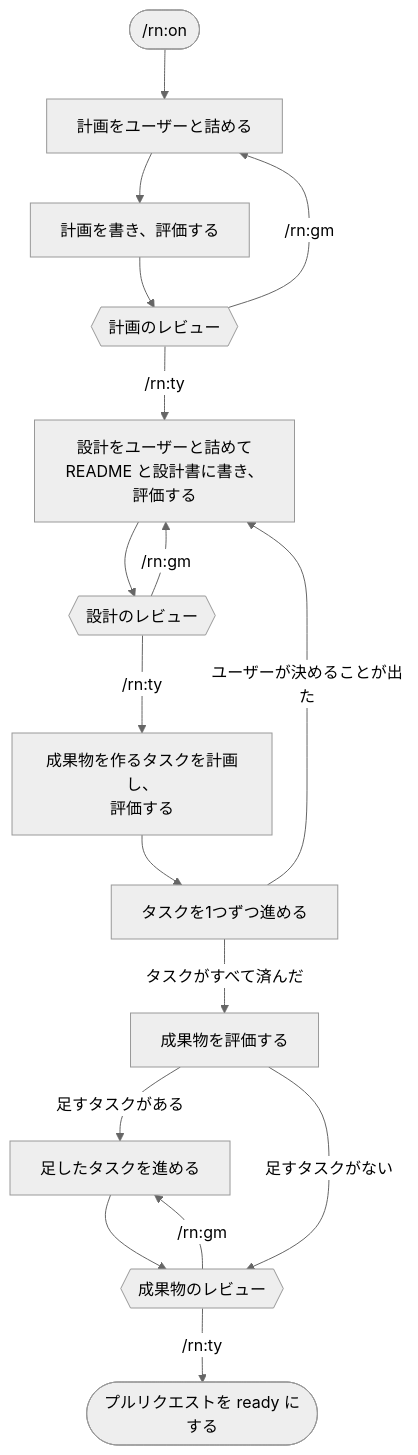
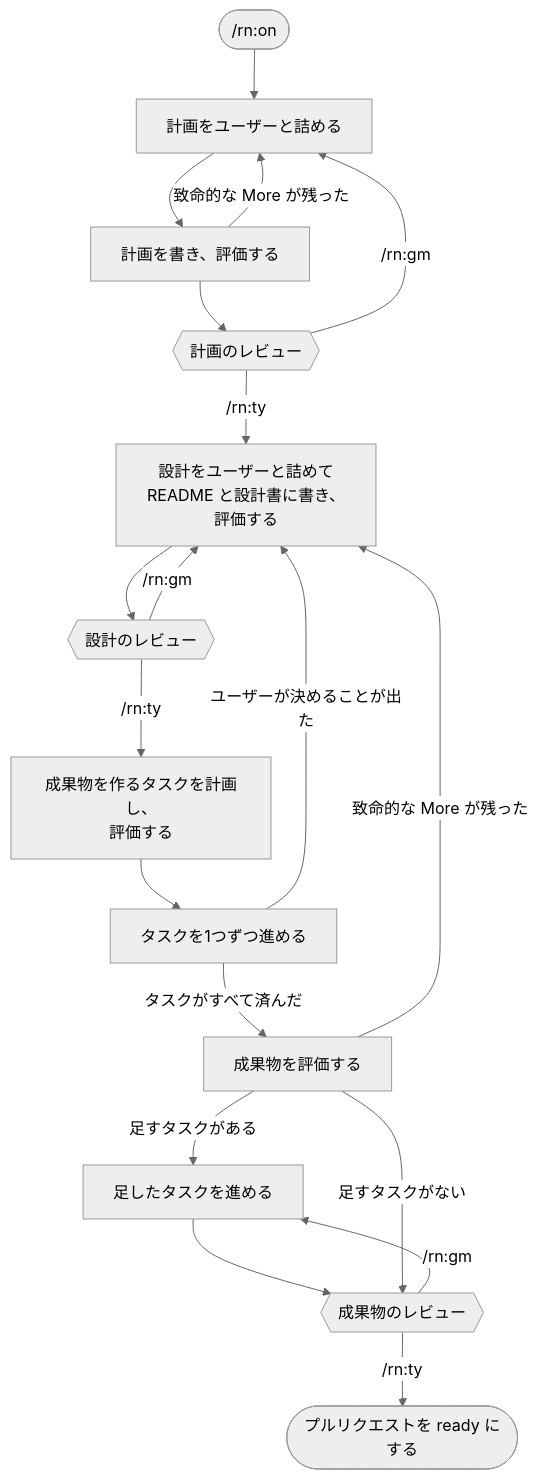
The first of 5 diagrams in rn/docs/design.md (lovaizu/ccpm), drawn with Mermaid (neutral theme) before and after one commit. The commit also changed other lines of this file and 1 other file, not shown here.

Commit message:
docs(rn): the evaluator evaluates once; the conductor settles the More with the generator, then asks for review with the final Good/More or goes back to working things out when a fatal More remains

````diff
--- a/rn/docs/design.md
+++ b/rn/docs/design.md
@@ -13,29 +13,31 @@
 ```mermaid
 flowchart TD
     ON(["/rn:on"])
     W["計画をユーザーと詰める"]
     P["計画を書き、評価する"]
     PS{{"計画のレビュー"}}
     D["設計をユーザーと詰めて<br/>README と設計書に書き、評価する"]
     DS{{"設計のレビュー"}}
     P2["成果物を作るタスクを計画し、<br/>評価する"]
     T["タスクを1つずつ進める"]
     EV["成果物を評価する"]
     T2["足したタスクを進める"]
     FS{{"成果物のレビュー"}}
     END(["プルリクエストを ready にする"])
     ON --> W --> P --> PS
+    P -->|"致命的な More が残った"| W
     PS -->|"/rn:gm"| W
     PS -->|"/rn:ty"| D
     D --> DS
     DS -->|"/rn:gm"| D
     DS -->|"/rn:ty"| P2
     P2 --> T
     T -->|"ユーザーが決めることが出た"| D
     T -->|"タスクがすべて済んだ"| EV
     EV -->|"足すタスクがある"| T2
+    EV -->|"致命的な More が残った"| D
     T2 --> FS
     EV -->|"足すタスクがない"| FS
     FS -->|"/rn:gm"| T2
     FS -->|"/rn:ty"| END
 ```
````
